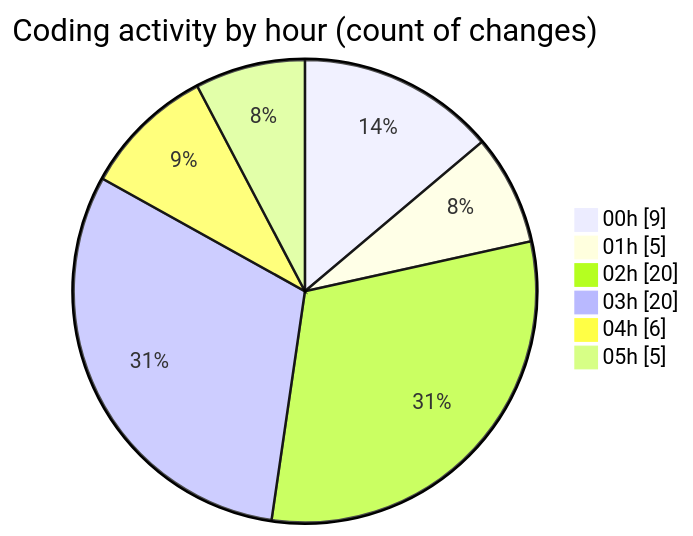
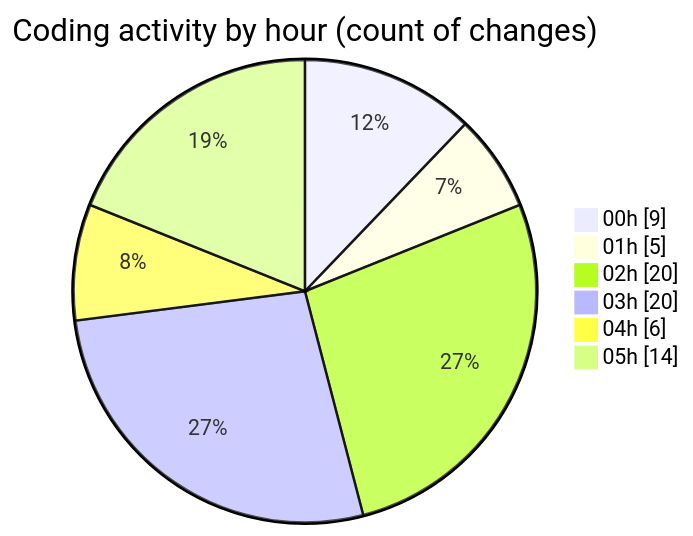
One commit to lephambinh05/code-tracking changed the second of 2 diagrams in 2025-08-05/studybuddy/README.md. Above: the diagram before and after it, drawn with Mermaid. The commit also changed other lines of this file and 1 other file, not shown here.

````diff
--- a/2025-08-05/studybuddy/README.md
+++ b/2025-08-05/studybuddy/README.md
@@ -52,10 +53,10 @@
 ```mermaid
 pie showData
 title Coding activity by hour (count of changes)
 "00h" : 9
 "01h" : 5
 "02h" : 20
 "03h" : 20
 "04h" : 6
-"05h" : 5
+"05h" : 14
 ```
````
